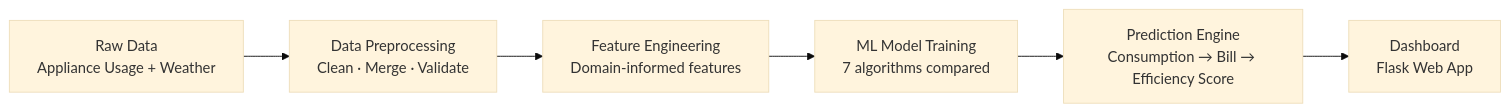
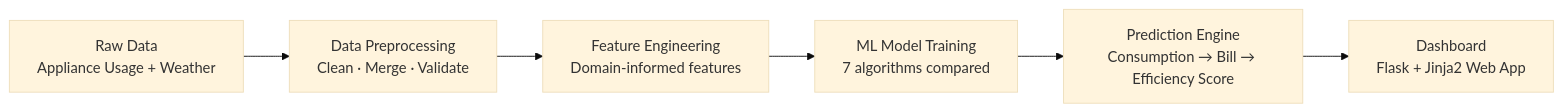
One commit to Joydeep10-py/smart_electricity_consumption_prediction changed the first of 2 diagrams in README.md. Above: the diagram before and after it, drawn with Mermaid (base theme). The commit also changed other lines of this file and 7 other files, not shown here.

````diff
--- a/README.md
+++ b/README.md
@@ -63,8 +81,8 @@
 ```mermaid
 flowchart LR
     A[Raw Data<br/>Appliance Usage + Weather] --> B[Data Preprocessing<br/>Clean · Merge · Validate]
     B --> C[Feature Engineering<br/>Domain-informed features]
     C --> D[ML Model Training<br/>7 algorithms compared]
     D --> E[Prediction Engine<br/>Consumption → Bill → Efficiency Score]
-    E --> F[Dashboard<br/>Flask Web App]
+    E --> F[Dashboard<br/>Flask + Jinja2 Web App]
 ```
````
